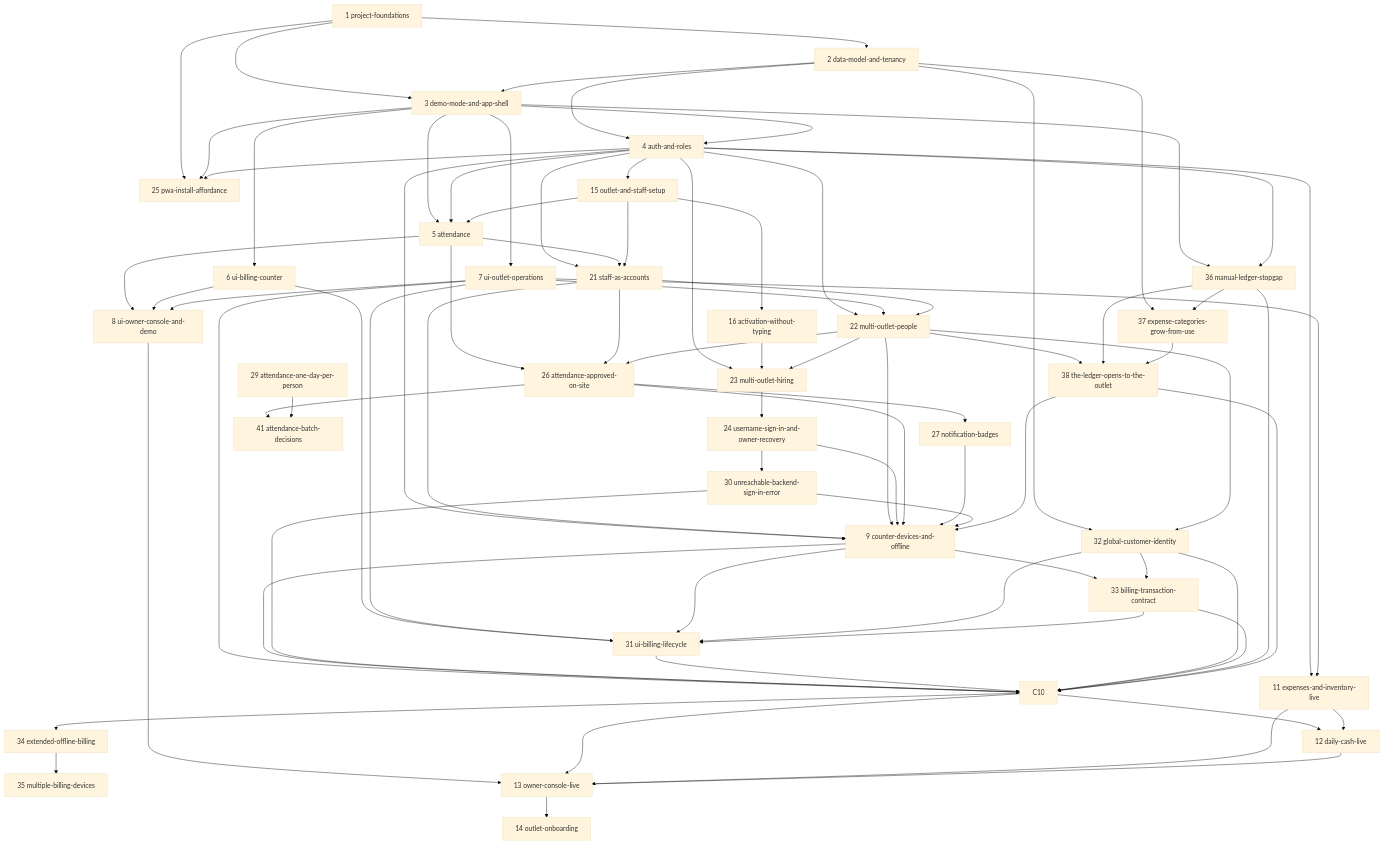
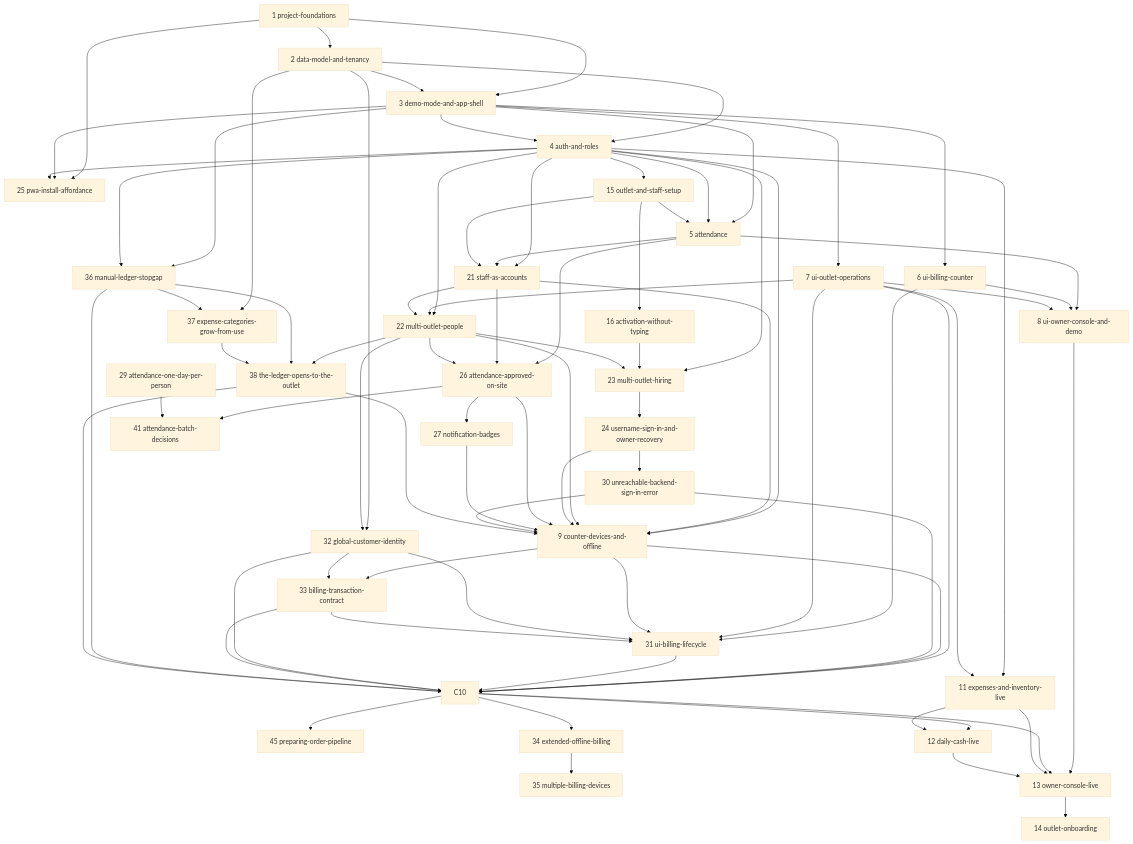
Before and after one commit to abdatta/shawarmania-ops: the diagram in openspec/changes/ROADMAP.md, drawn with Mermaid (base theme). The commit also changed other lines of this file and 8 other files, not shown here.

First line of the commit message:
Propose #45 preparing-order-pipeline

````diff
--- a/openspec/changes/ROADMAP.md
+++ b/openspec/changes/ROADMAP.md
@@ -166,81 +167,82 @@
 ```mermaid
 graph TD
     C1[1 project-foundations] --> C2[2 data-model-and-tenancy]
     C1 --> C3[3 demo-mode-and-app-shell]
     C2 --> C3
     C2 --> C4[4 auth-and-roles]
     C3 --> C4
     C1 --> C25[25 pwa-install-affordance]
     C3 --> C25
     C4 --> C25
     C3 --> C5[5 attendance]
     C4 --> C5
     C4 --> C15[15 outlet-and-staff-setup]
     C15 --> C5
     C15 --> C16[16 activation-without-typing]
     C3 --> C6[6 ui-billing-counter]
     C3 --> C7[7 ui-outlet-operations]
     C5 --> C8[8 ui-owner-console-and-demo]
     C6 --> C8
     C7 --> C8
     C4 --> C21[21 staff-as-accounts]
     C5 --> C21
     C15 --> C21
     C4 --> C22[22 multi-outlet-people]
     C7 --> C22
     C21 --> C22
     C4 --> C23[23 multi-outlet-hiring]
     C16 --> C23
     C22 --> C23
     C23 --> C24[24 username-sign-in-and-owner-recovery]
     C5 --> C26[26 attendance-approved-on-site]
     C21 --> C26
     C22 --> C26
     C26 --> C27[27 notification-badges]
     C26 --> C41[41 attendance-batch-decisions]
     C29[29 attendance-one-day-per-person] --> C41
     C24 --> C30[30 unreachable-backend-sign-in-error]
     C2 --> C32[32 global-customer-identity]
     C22 --> C32
     C3 --> C36[36 manual-ledger-stopgap]
     C4 --> C36
     C2 --> C37[37 expense-categories-grow-from-use]
     C36 --> C37
     C22 --> C38[38 the-ledger-opens-to-the-outlet]
     C36 --> C38
     C37 --> C38
     C4 --> C9[9 counter-devices-and-offline]
     C21 --> C9
     C22 --> C9
     C24 --> C9
     C26 --> C9
     C27 --> C9
     C30 --> C9
     C38 --> C9
     C9 --> C33[33 billing-transaction-contract]
     C32 --> C33
     C6 --> C31[31 ui-billing-lifecycle]
     C7 --> C31
     C9 --> C31
     C32 --> C31
     C33 --> C31
     C7 --> C10
     C9 --> C10
     C30 --> C10
     C31 --> C10
     C32 --> C10
     C33 --> C10
     C36 --> C10
     C38 --> C10
+    C10 --> C45[45 preparing-order-pipeline]
     C10 --> C34[34 extended-offline-billing]
     C34 --> C35[35 multiple-billing-devices]
     C4 --> C11[11 expenses-and-inventory-live]
     C7 --> C11
     C10 --> C12[12 daily-cash-live]
     C11 --> C12
     C8 --> C13[13 owner-console-live]
     C10 --> C13
     C11 --> C13
     C12 --> C13
     C13 --> C14[14 outlet-onboarding]
 ```
````
